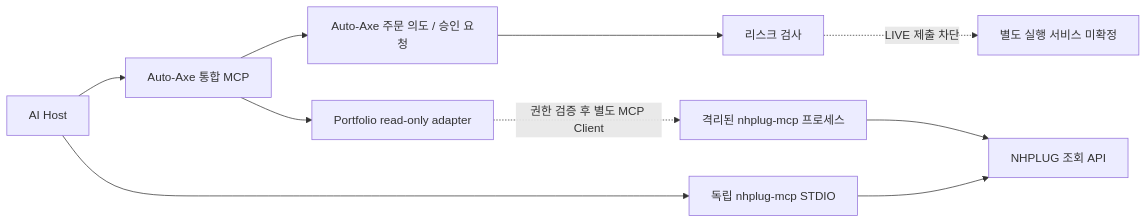
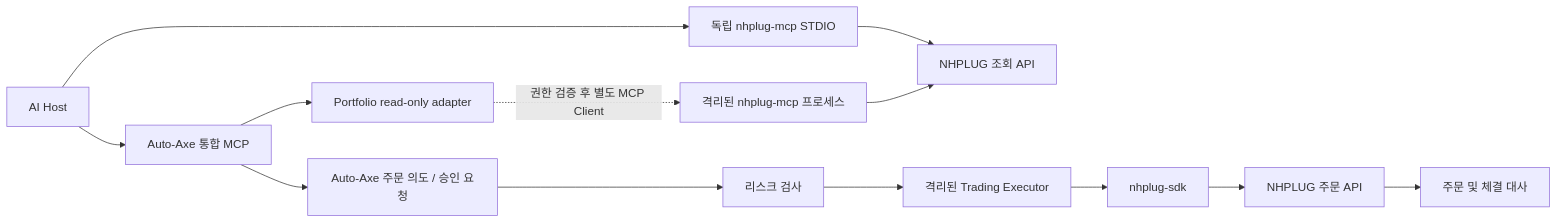
The diagram in docs/mcp/nhplug-integration.md (ELSAPHABA/Auto-Axe), drawn with Mermaid before and after one commit. The commit also changed other lines of this file, not shown here.

Commit message:
docs: adopt nhplug-sdk as live order execution integration

````diff
--- a/docs/mcp/nhplug-integration.md
+++ b/docs/mcp/nhplug-integration.md
@@ -32,12 +32,15 @@
 ```mermaid
 flowchart LR
   H[AI Host] --> A[Auto-Axe 통합 MCP]
   H --> N[독립 nhplug-mcp STDIO]
   N --> R[NHPLUG 조회 API]
   A --> I[Auto-Axe 주문 의도 / 승인 요청]
   I --> G[리스크 검사]
-  G -. LIVE 제출 차단 .-> X[별도 실행 서비스 미확정]
+  G --> X[격리된 Trading Executor]
+  X --> SDK[nhplug-sdk]
+  SDK --> O[NHPLUG 주문 API]
+  O --> L[주문 및 체결 대사]
   A --> P[Portfolio read-only adapter]
   P -. 권한 검증 후 별도 MCP Client .-> N2[격리된 nhplug-mcp 프로세스]
   N2 --> R
 ```
````
